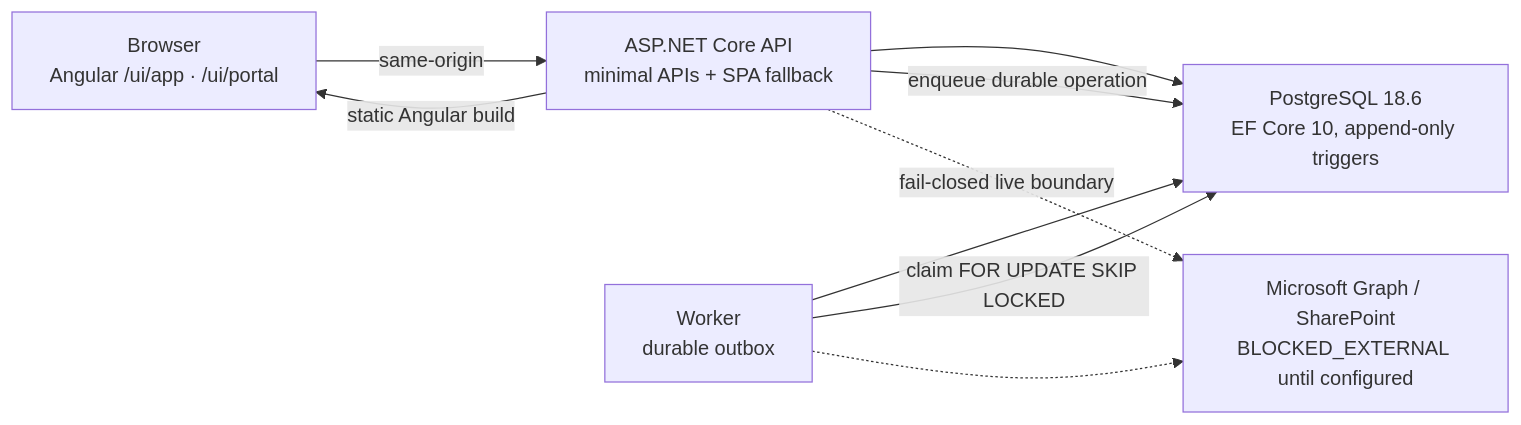
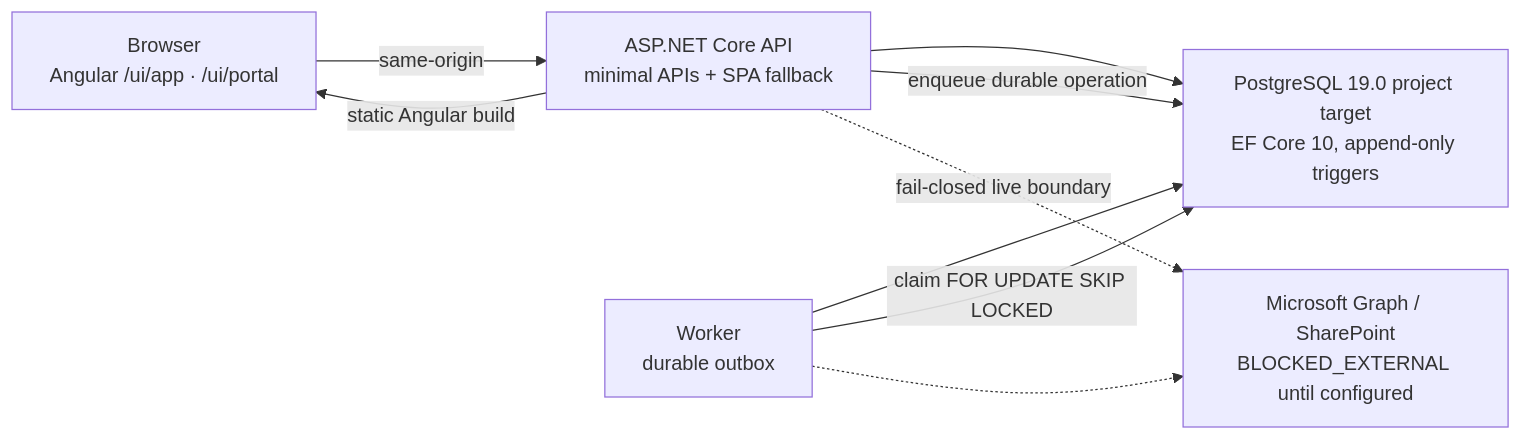
The second of 5 diagrams in docs/architecture/auditsphere-architecture-current-architecture.md (nirzaf/AuditSphere), drawn with Mermaid before and after one commit. The commit also changed other lines of this file and 30 other files, not shown here.

Commit message:
Prepare PostgreSQL 19 rollout candidate

````diff
--- a/docs/architecture/auditsphere-architecture-current-architecture.md
+++ b/docs/architecture/auditsphere-architecture-current-architecture.md
@@ -237,11 +237,11 @@
 ```mermaid
 flowchart LR
   B["Browser<br/>Angular /ui/app · /ui/portal"] -->|same-origin| A["ASP.NET Core API<br/>minimal APIs + SPA fallback"]
   A -->|static Angular build| B
-  A --> DB["PostgreSQL 18.6<br/>EF Core 10, append-only triggers"]
+  A --> DB["PostgreSQL 19.0 project target<br/>EF Core 10, append-only triggers"]
   W["Worker<br/>durable outbox"] --> DB
   A -->|enqueue durable operation| DB
   W -->|claim FOR UPDATE SKIP LOCKED| DB
   A -.->|fail-closed live boundary| X["Microsoft Graph / SharePoint<br/>BLOCKED_EXTERNAL until configured"]
   W -.-> X
 ```
````
